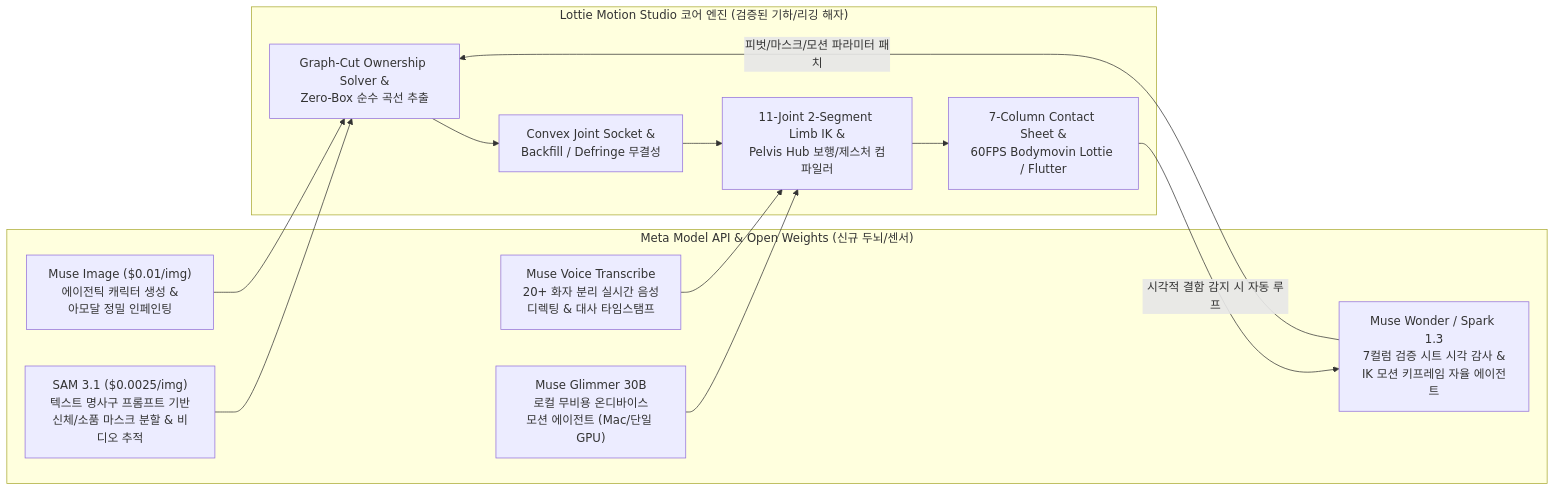
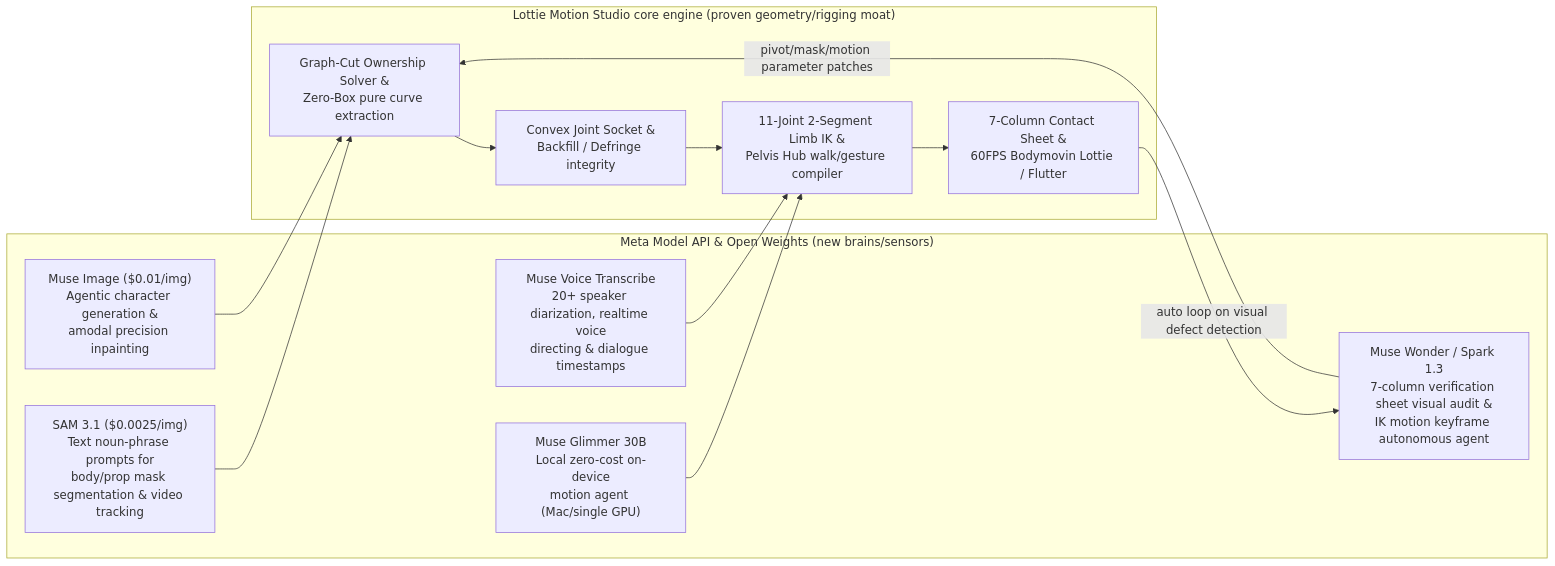
The diagram in docs/03-hackathon-ideas-and-lottie-motion-studio-synergy.md (buddypia/trail-sentinel), drawn with Mermaid before and after one commit. The commit also changed other lines of this file and 26 other files, not shown here.

````diff
--- a/docs/03-hackathon-ideas-and-lottie-motion-studio-synergy.md
+++ b/docs/03-hackathon-ideas-and-lottie-motion-studio-synergy.md
@@ -26,25 +26,25 @@
 ```mermaid
 flowchart LR
-    subgraph MetaAI["Meta Model API & Open Weights (신규 두뇌/센서)"]
-        MI["Muse Image ($0.01/img)<br/>에이전틱 캐릭터 생성 &<br/>아모달 정밀 인페인팅"]
-        SAM["SAM 3.1 ($0.0025/img)<br/>텍스트 명사구 프롬프트 기반<br/>신체/소품 마스크 분할 & 비디오 추적"]
-        MVT["Muse Voice Transcribe<br/>20+ 화자 분리 실시간 음성<br/>디렉팅 & 대사 타임스탬프"]
-        MW["Muse Wonder / Spark 1.3<br/>7컬럼 검증 시트 시각 감사 &<br/>IK 모션 키프레임 자율 에이전트"]
-        MG["Muse Glimmer 30B<br/>로컬 무비용 온디바이스<br/>모션 에이전트 (Mac/단일 GPU)"]
+    subgraph MetaAI["Meta Model API & Open Weights (new brains/sensors)"]
+        MI["Muse Image ($0.01/img)<br/>Agentic character generation &<br/>amodal precision inpainting"]
+        SAM["SAM 3.1 ($0.0025/img)<br/>Text noun-phrase prompts for<br/>body/prop mask segmentation & video tracking"]
+        MVT["Muse Voice Transcribe<br/>20+ speaker diarization, realtime voice<br/>directing & dialogue timestamps"]
+        MW["Muse Wonder / Spark 1.3<br/>7-column verification sheet visual audit &<br/>IK motion keyframe autonomous agent"]
+        MG["Muse Glimmer 30B<br/>Local zero-cost on-device<br/>motion agent (Mac/single GPU)"]
     end
 
-    subgraph LMS["Lottie Motion Studio 코어 엔진 (검증된 기하/리깅 해자)"]
-        OS["Graph-Cut Ownership Solver &<br/>Zero-Box 순수 곡선 추출"]
-        CS["Convex Joint Socket &<br/>Backfill / Defringe 무결성"]
-        IK["11-Joint 2-Segment Limb IK &<br/>Pelvis Hub 보행/제스처 컴파일러"]
+    subgraph LMS["Lottie Motion Studio core engine (proven geometry/rigging moat)"]
+        OS["Graph-Cut Ownership Solver &<br/>Zero-Box pure curve extraction"]
+        CS["Convex Joint Socket &<br/>Backfill / Defringe integrity"]
+        IK["11-Joint 2-Segment Limb IK &<br/>Pelvis Hub walk/gesture compiler"]
         QA["7-Column Contact Sheet &<br/>60FPS Bodymovin Lottie / Flutter"]
     end
 
     MI --> OS
     SAM --> OS
     OS --> CS --> IK --> QA
     MVT --> IK
     MG --> IK
-    QA -->|시각적 결함 감지 시 자동 루프| MW
-    MW -->|피벗/마스크/모션 파라미터 패치| OS
+    QA -->|auto loop on visual defect detection| MW
+    MW -->|pivot/mask/motion parameter patches| OS
 ```
````
